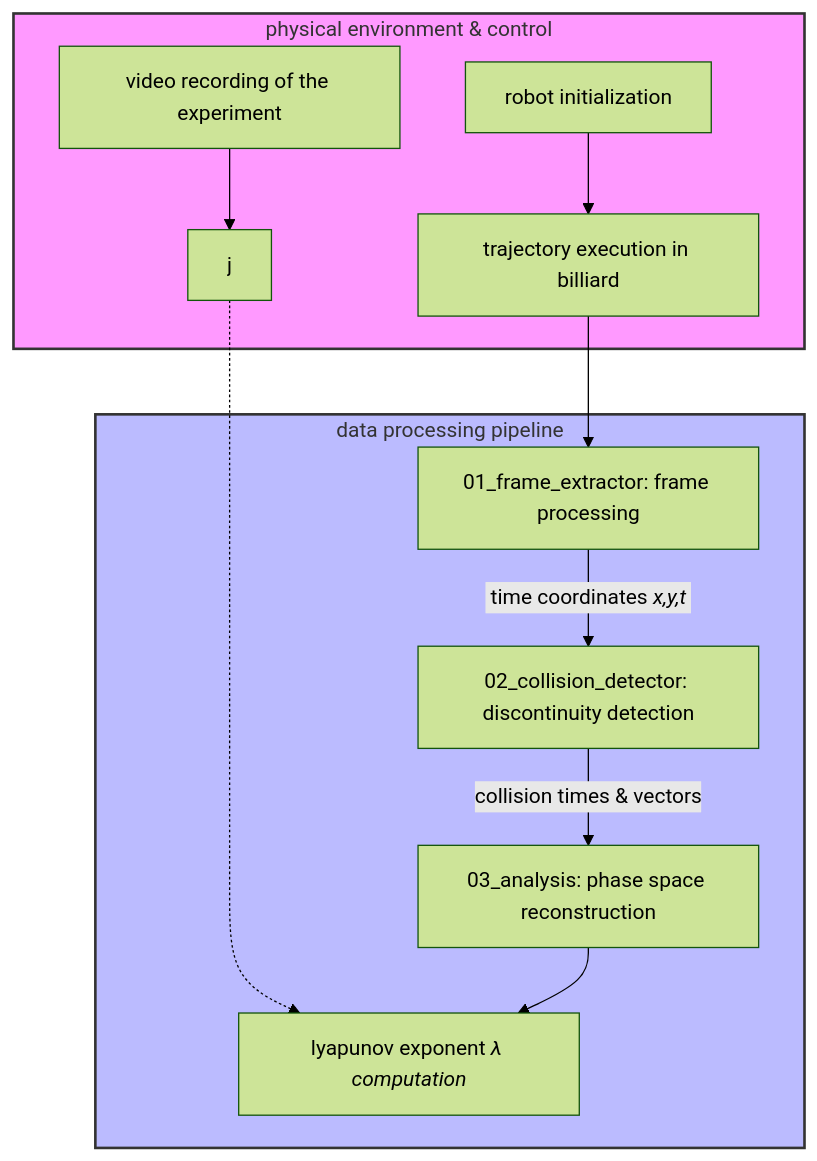
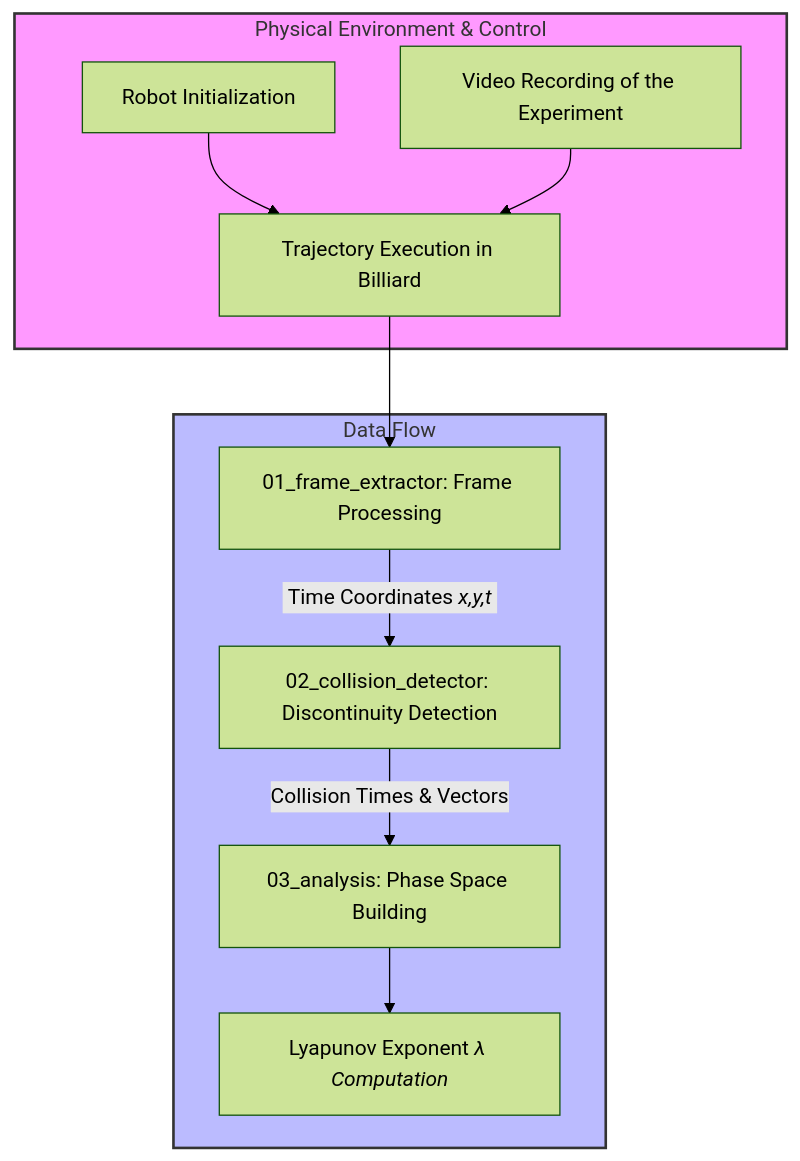
One commit to Kyrnthplus/Classical_Billiards_Dynamics_Using_an_Autonomous_Robot_and_Image_Analysis changed the diagram in README.md. Above: the diagram before and after it, drawn with Mermaid (forest theme).

````diff
--- a/README.md
+++ b/README.md
@@ -30,20 +30,17 @@
 ```mermaid
 flowchart TD
-    subgraph physicalexperiment [physical environment & control]
-        a[robot initialization] --> b[trajectory execution in billiard]
-        c[video recording of the experiment] --> j
+    subgraph physicalexperiment [Physical Environment & Control]
+        a[Robot Initialization] --> b[Trajectory Execution in Billiard]
+        c[Video Recording of the Experiment] --> b
     end
 
-    j -.-> g
-
-    subgraph softwarepipeline [data processing pipeline]
-        b --> d[01_frame_extractor: frame processing]
-        d -->|&nbsp;time coordinates <i>x,y,t<i>&nbsp;| e[02_collision_detector: discontinuity detection]
-        e -->|collision times & vectors| f[03_analysis: phase space reconstruction]
-        f --> g[lyapunov exponent <i>&lambda;<i> computation]
+    subgraph softwarepipeline [Data Flow]
+        b --> d[01_frame_extractor: Frame Processing]
+        d -->|&nbsp;Time Coordinates <i>x,y,t<i>&nbsp;| e[02_collision_detector: Discontinuity Detection]
+        e -->|Collision Times & Vectors| f[03_analysis: Phase Space Building]
+        f --> g[Lyapunov Exponent <i>&lambda;<i> Computation]
     end
 
     style physicalexperiment fill:#f9f,stroke:#333,stroke-width:2px
-    style softwarepipeline fill:#bbf,stroke:#333,stroke-width:2px
-
+    style softwarepipeline fill:#bbf,stroke:#333,stroke-width:2px,titleBgColor:#ff972f,titleColor:#fff
 ```
````
